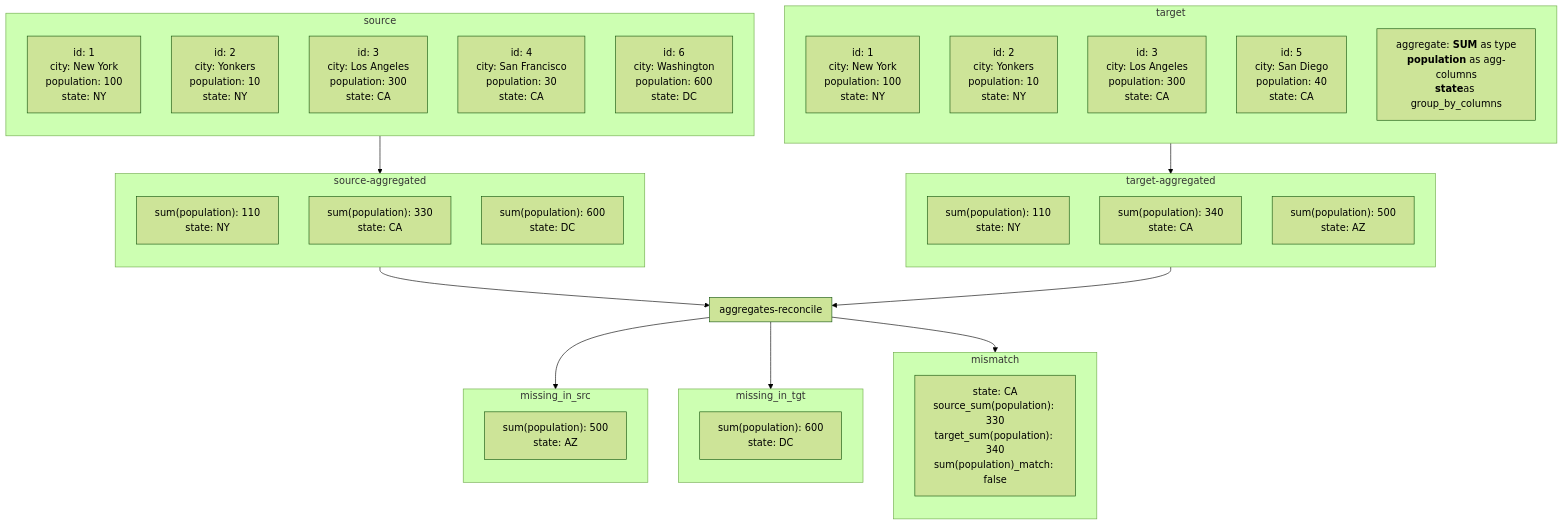
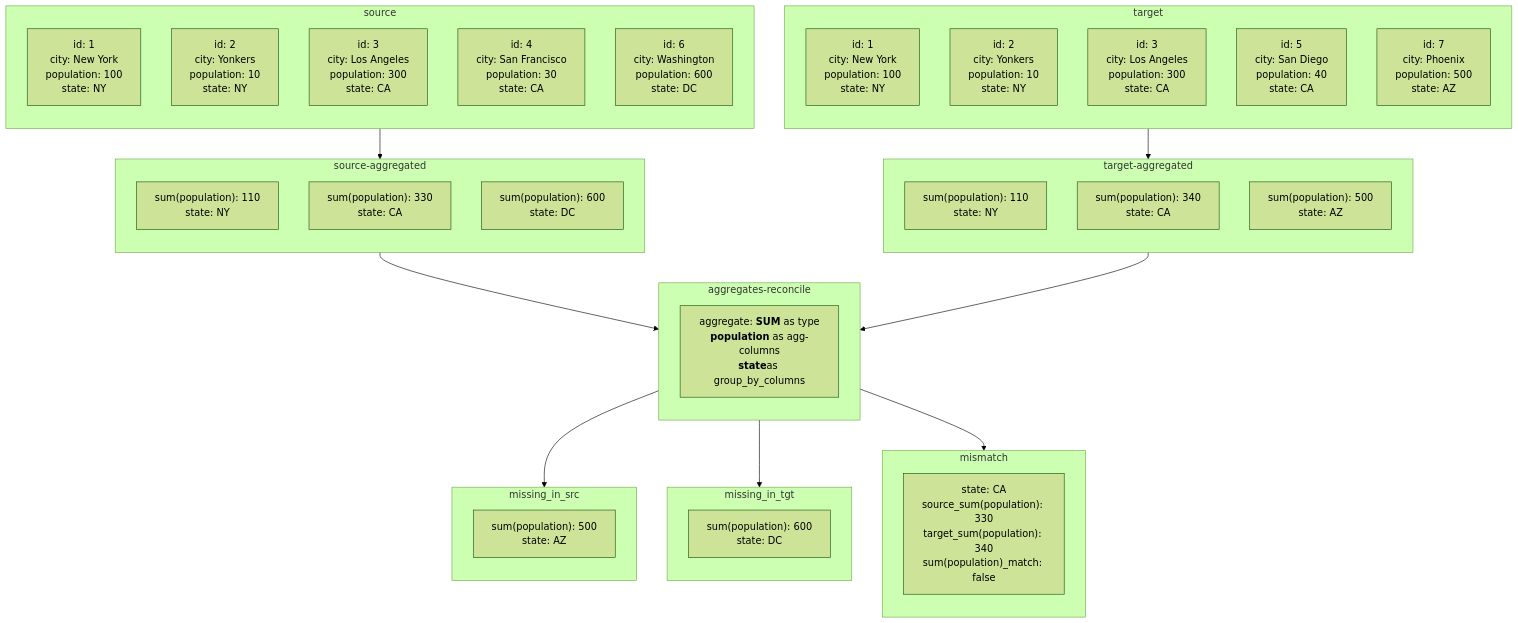
One commit to databrickslabs/remorph changed the first of 2 diagrams in docs/aggregates_reconcile_configurations/visualisation.md. Above: the diagram before and after it, drawn with Mermaid (forest theme). The commit also changed other lines of this file and 3 other files, not shown here.

````diff
--- a/docs/aggregates_reconcile_configurations/visualisation.md
+++ b/docs/aggregates_reconcile_configurations/visualisation.md
@@ -2,62 +3,62 @@
 ```mermaid
 flowchart TB
     subgraph source
         direction TB
         A["id: 1<br>city: New York<br>population: 100<br>state: NY"]
         B["id: 2<br>city: Yonkers<br>population: 10<br>state: NY"]
         C["id: 3<br>city: Los Angeles<br>population: 300<br>state: CA"]
         D["id: 4<br>city: San Francisco<br>population: 30<br>state: CA"]
         E["id: 6<br>city: Washington<br>population: 600<br>state: DC"]
     end
 
     subgraph target
         direction TB
         F["id: 1<br>city: New York<br>population: 100<br>state: NY"]
         G["id: 2<br>city: Yonkers<br>population: 10<br>state: NY"]
         H["id: 3<br>city: Los Angeles<br>population: 300<br>state: CA"]
         I["id: 5<br>city: San Diego<br>population: 40<br>state: CA"]
         J["id: 7<br>city: Phoenix<br>population: 500<br>state: AZ"]
     end
 
     subgraph source-aggregated
         direction TB
         K["sum(population): 110<br>state: NY"]
         L["sum(population): 330<br>state: CA"]
         M["sum(population): 600<br>state: DC"]
     end
     
     subgraph target-aggregated
         direction TB
         N["sum(population): 110<br>state: NY"]
         O["sum(population): 340<br>state: CA"]
         P["sum(population): 500<br>state: AZ"]
     end
     
     subgraph missing_in_src
         direction TB
         Q["sum(population): 500<br>state: AZ"]
     end
 
     subgraph missing_in_tgt
         direction TB
         R["sum(population): 600<br>state: DC"]
     end
     
     subgraph mismatch
         direction TB
         S["state: CA<br>source_sum(population): 330<br>target_sum(population): 340<br>sum(population)_match: false"]
     end
     
     subgraph aggregates-reconcile
         direction TB
-        J["aggregate: <b>SUM</b> as type<br><b>population</b> as agg-columns<br><b>state</b>as group_by_columns"]
+        T["aggregate: <b>SUM</b> as type<br><b>population</b> as agg-columns<br><b>state</b>as group_by_columns"]
     end
     
     source --> source-aggregated
     target --> target-aggregated
     source-aggregated --> aggregates-reconcile
     target-aggregated --> aggregates-reconcile
     aggregates-reconcile --> missing_in_src
     aggregates-reconcile --> missing_in_tgt
     aggregates-reconcile --> mismatch
 ```
````
